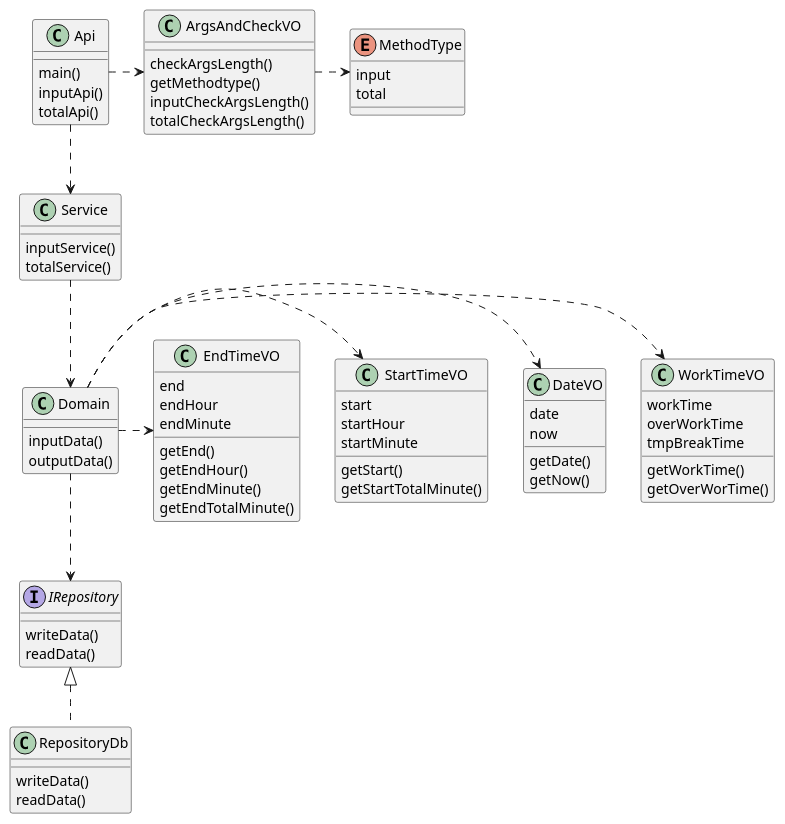
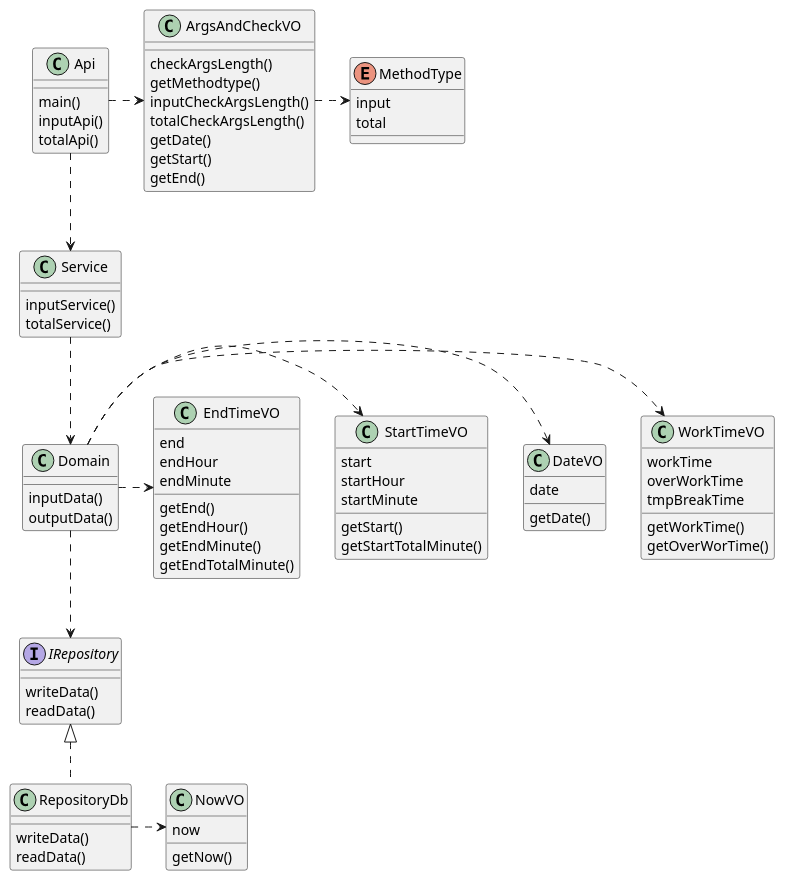
One commit to biglobe-isp/kintai changed the diagram in kintai.pu. Above: the diagram before and after it, drawn with PlantUML. The commit also changed 8 other files, not shown here.

Commit message:
指摘箇所、現在日時をDatasource層にする改修のTODO記述。クラス図の修正。

```diff
--- a/kintai.pu
+++ b/kintai.pu
@@ -1,92 +1,100 @@
 @startuml
 'コメントアウト
 
 class Api {
   main()
   inputApi()
   totalApi()
 }
 
 
 class  Service {
   inputService()
   totalService()
 }
 
 class Domain {
   inputData()
   outputData()
 }
 
 interface IRepository {
   writeData()
   readData()
 }
 
 
 class RepositoryDb implements IRepository {
   writeData()
   readData()
 } 
 
 class ArgsAndCheckVO {
   checkArgsLength()
   getMethodtype()
   inputCheckArgsLength()
   totalCheckArgsLength()
+  getDate()
+  getStart()
+  getEnd()
 }
 
 enum MethodType {
   input
   total
 }
 
 class DateVO {
   date
-  now
   getDate()
-  getNow()
 }
 
 class StartTimeVO {
   start
   startHour
   startMinute
   getStart()
   getStartTotalMinute()
 }
 
 
 class EndTimeVO {
   end
   endHour
   endMinute
   getEnd()
   getEndHour()
   getEndMinute()
   getEndTotalMinute()
 }
 
 class WorkTimeVO {
   workTime
   overWorkTime
   tmpBreakTime
   getWorkTime()
   getOverWorTime()
 }
 
+class NowVO {
+  now
+  getNow()
+}
 
 
 Api .down.> Service
 Service .down.> Domain
 Domain .down.> IRepository
 
 Api .right.> ArgsAndCheckVO
 ArgsAndCheckVO .right.> MethodType
+
 Domain .right.> WorkTimeVO
 Domain .right.> DateVO
 Domain .right.> StartTimeVO
 Domain .right.> EndTimeVO
 
+RepositoryDb .right.> NowVO
+
 
 @enduml
```
